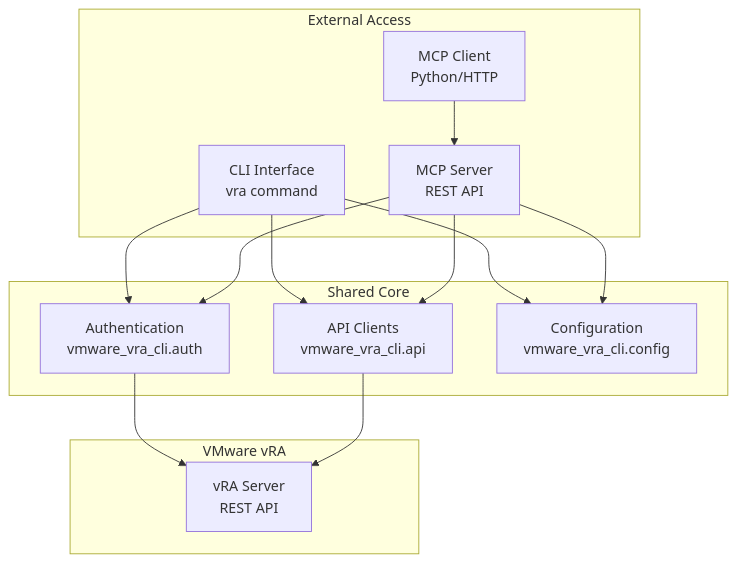
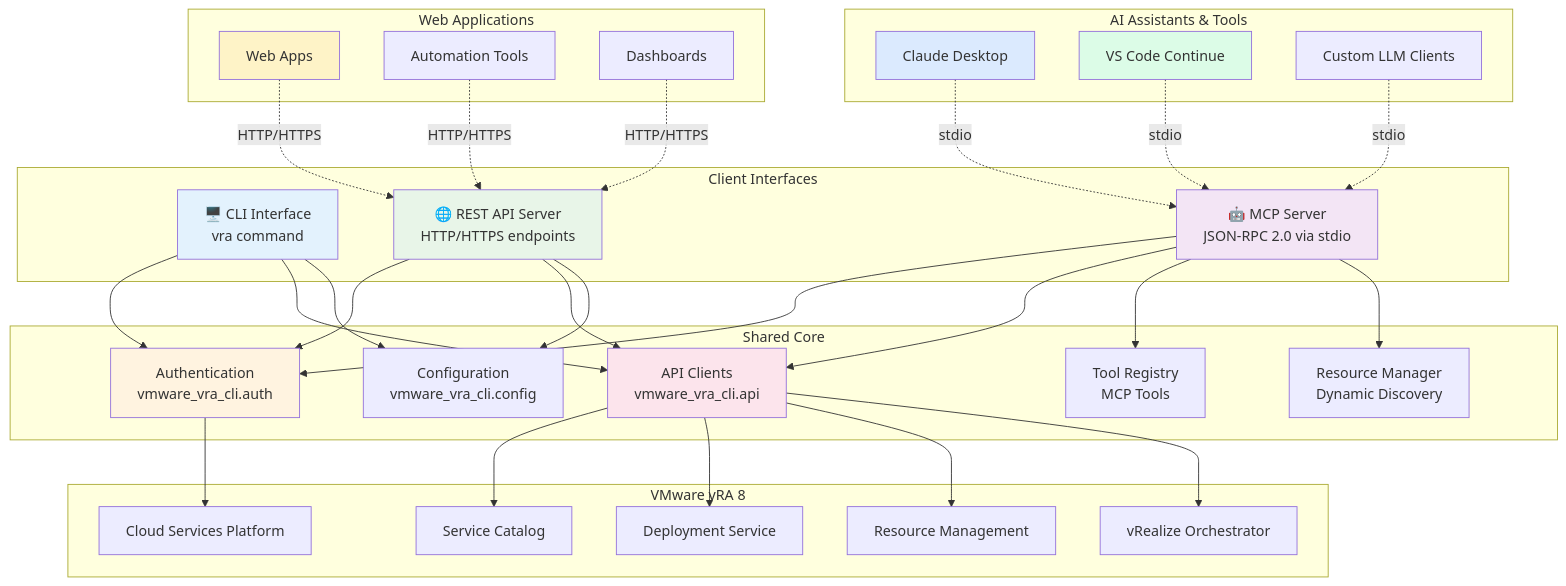
One commit to brunseba/tools-vmware-vra-cli changed the diagram in docs/compatibility-matrix.md. Above: the diagram before and after it, drawn with Mermaid. The commit also changed other lines of this file and 2 other files, not shown here.

First line of the commit message:
docs: update documentation for multi-interface architecture

````diff
--- a/docs/compatibility-matrix.md
+++ b/docs/compatibility-matrix.md
@@ -19,31 +20,76 @@
 ```mermaid
-graph TB
-    subgraph "External Access"
-        CLI[CLI Interface<br/>vra command]
-        MCP[MCP Server<br/>REST API]
-        Client[MCP Client<br/>Python/HTTP]
+flowchart TB
+    subgraph "Client Interfaces"
+        CLI["🖥️ CLI Interface<br/>vra command"]
+        MCP["🤖 MCP Server<br/>JSON-RPC 2.0 via stdio"]
+        REST["🌐 REST API Server<br/>HTTP/HTTPS endpoints"]
+    end
+    
+    subgraph "AI Assistants & Tools"
+        CLAUDE["Claude Desktop"]
+        VSCODE["VS Code Continue"]
+        CUSTOM["Custom LLM Clients"]
+    end
+    
+    subgraph "Web Applications"
+        WEBAPP["Web Apps"]
+        AUTOMATION["Automation Tools"]
+        DASHBOARD["Dashboards"]
     end
     
     subgraph "Shared Core"
-        Auth[Authentication<br/>vmware_vra_cli.auth]
-        API[API Clients<br/>vmware_vra_cli.api]
-        Config[Configuration<br/>vmware_vra_cli.config]
+        AUTH["Authentication<br/>vmware_vra_cli.auth"]
+        API["API Clients<br/>vmware_vra_cli.api"]
+        CONFIG["Configuration<br/>vmware_vra_cli.config"]
+        TOOLS["Tool Registry<br/>MCP Tools"]
+        RESOURCES["Resource Manager<br/>Dynamic Discovery"]
     end
     
-    subgraph "VMware vRA"
-        vRA[vRA Server<br/>REST API]
+    subgraph "VMware vRA 8"
+        CSP["Cloud Services Platform"]
+        CAT["Service Catalog"]
+        DEP["Deployment Service"]
+        RES["Resource Management"]
+        VRO["vRealize Orchestrator"]
     end
     
-    CLI --> Auth
+    %% Client connections
+    CLI --> AUTH
     CLI --> API
-    CLI --> Config
+    CLI --> CONFIG
     
-    MCP --> Auth
+    MCP --> AUTH
     MCP --> API
-    MCP --> Config
+    MCP --> TOOLS
+    MCP --> RESOURCES
     
-    Client --> MCP
+    REST --> AUTH
+    REST --> API
+    REST --> CONFIG
     
-    Auth --> vRA
-    API --> vRA
+    %% AI Assistant connections
+    CLAUDE -.->|stdio| MCP
+    VSCODE -.->|stdio| MCP
+    CUSTOM -.->|stdio| MCP
+    
+    %% Web Application connections
+    WEBAPP -.->|HTTP/HTTPS| REST
+    AUTOMATION -.->|HTTP/HTTPS| REST
+    DASHBOARD -.->|HTTP/HTTPS| REST
+    
+    %% Core service connections
+    AUTH --> CSP
+    API --> CAT
+    API --> DEP
+    API --> RES
+    API --> VRO
+    
+    style CLI fill:#e3f2fd
+    style MCP fill:#f3e5f5
+    style REST fill:#e8f5e8
+    style AUTH fill:#fff3e0
+    style API fill:#fce4ec
+    style CLAUDE fill:#dbeafe
+    style VSCODE fill:#dcfce7
+    style WEBAPP fill:#fef3c7
 ```
````
